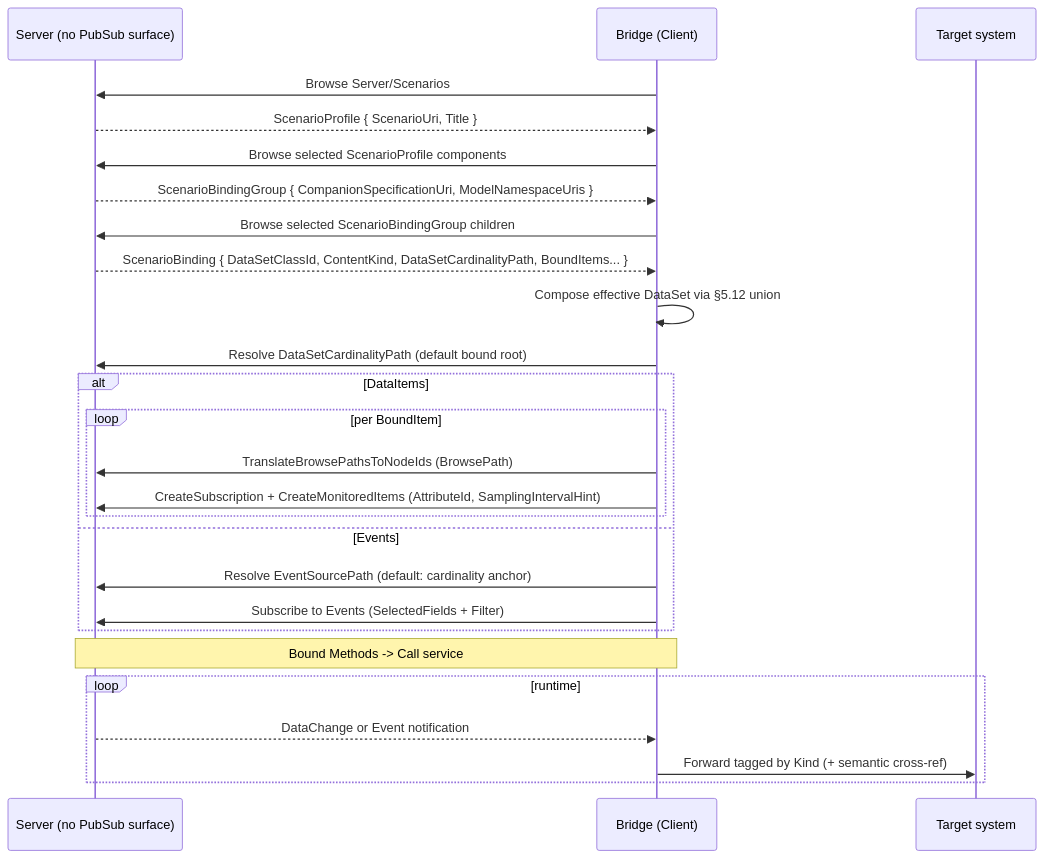
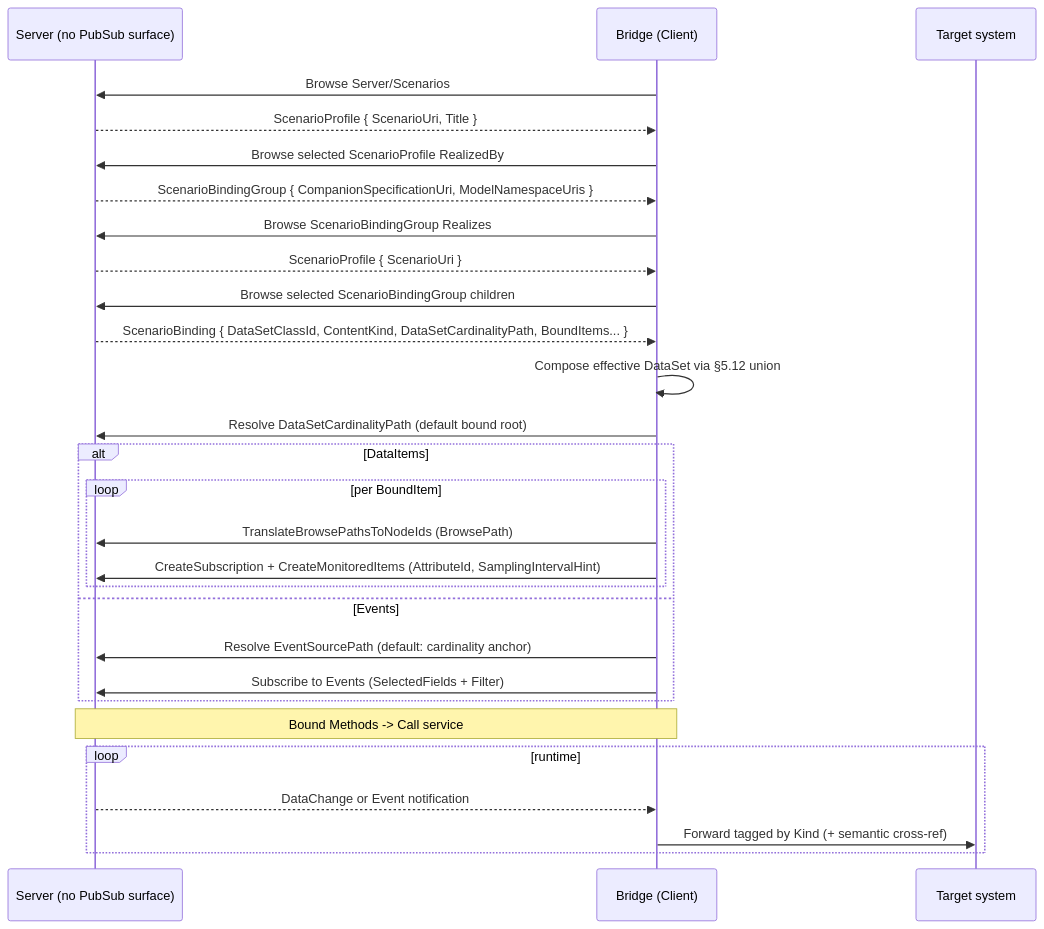
The fifth of 7 diagrams in core-specs/scenario-binding/OPC-UA-Scenario-Bindings.md (marcschier/opcua-drafts), drawn with Mermaid before and after one commit. The commit also changed other lines of this file and 22 other files, not shown here.

````diff
--- a/core-specs/scenario-binding/OPC-UA-Scenario-Bindings.md
+++ b/core-specs/scenario-binding/OPC-UA-Scenario-Bindings.md
@@ -523,28 +543,30 @@
 ```mermaid
 sequenceDiagram
   participant S as Server (no PubSub surface)
   participant B as Bridge (Client)
   participant X as Target system
   B->>S: Browse Server/Scenarios
   S-->>B: ScenarioProfile { ScenarioUri, Title }
-  B->>S: Browse selected ScenarioProfile components
+  B->>S: Browse selected ScenarioProfile RealizedBy
   S-->>B: ScenarioBindingGroup { CompanionSpecificationUri, ModelNamespaceUris }
+  B->>S: Browse ScenarioBindingGroup Realizes
+  S-->>B: ScenarioProfile { ScenarioUri }
   B->>S: Browse selected ScenarioBindingGroup children
   S-->>B: ScenarioBinding { DataSetClassId, ContentKind, DataSetCardinalityPath, BoundItems... }
   B->>B: Compose effective DataSet via §5.12 union
   B->>S: Resolve DataSetCardinalityPath (default bound root)
   alt DataItems
     loop per BoundItem
       B->>S: TranslateBrowsePathsToNodeIds (BrowsePath)
       B->>S: CreateSubscription + CreateMonitoredItems (AttributeId, SamplingIntervalHint)
     end
   else Events
     B->>S: Resolve EventSourcePath (default: cardinality anchor)
     B->>S: Subscribe to Events (SelectedFields + Filter)
   end
   Note over S,B: Bound Methods -> Call service
   loop runtime
     S-->>B: DataChange or Event notification
     B->>X: Forward tagged by Kind (+ semantic cross-ref)
   end
 ```
````
